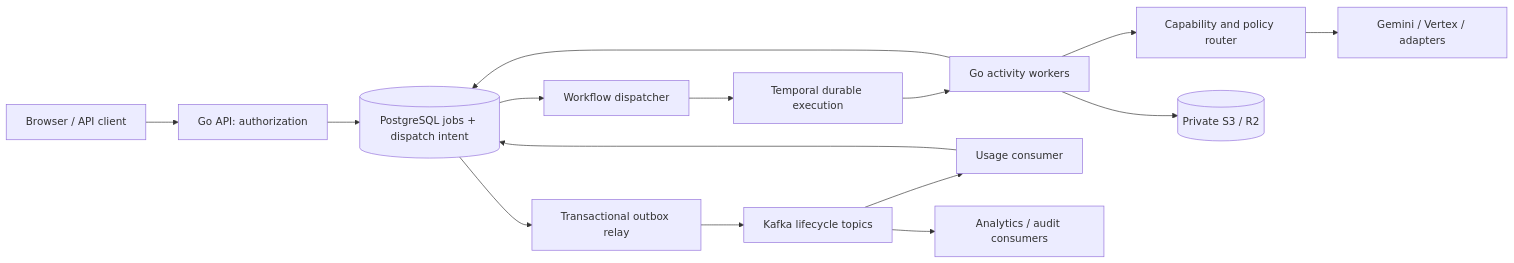
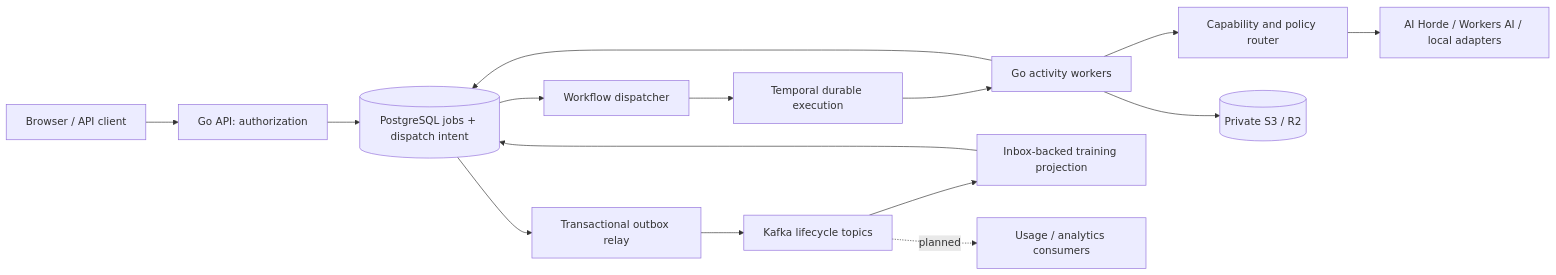
The first of 2 diagrams in docs/architecture.md (Lord-shaban/open-flow), drawn with Mermaid before and after one commit. The commit also changed other lines of this file and 16 other files, not shown here.

````diff
--- a/docs/architecture.md
+++ b/docs/architecture.md
@@ -9,17 +9,17 @@
 ```mermaid
 flowchart LR
   User[Browser / API client] --> API[Go API: authorization]
   API --> PG[(PostgreSQL jobs + dispatch intent)]
   PG --> Dispatch[Workflow dispatcher]
   Dispatch --> Temporal[Temporal durable execution]
   Temporal --> Worker[Go activity workers]
   Worker --> Router[Capability and policy router]
-  Router --> Providers[Gemini / Vertex / adapters]
+  Router --> Providers[AI Horde / Workers AI / local adapters]
   Worker --> S3[(Private S3 / R2)]
   Worker --> PG
   PG --> Outbox[Transactional outbox relay]
   Outbox --> Kafka[Kafka lifecycle topics]
-  Kafka --> Usage[Usage consumer]
-  Kafka --> Analytics[Analytics / audit consumers]
+  Kafka --> Usage[Inbox-backed training projection]
+  Kafka -. planned .-> Analytics[Usage / analytics consumers]
   Usage --> PG
 ```
````
